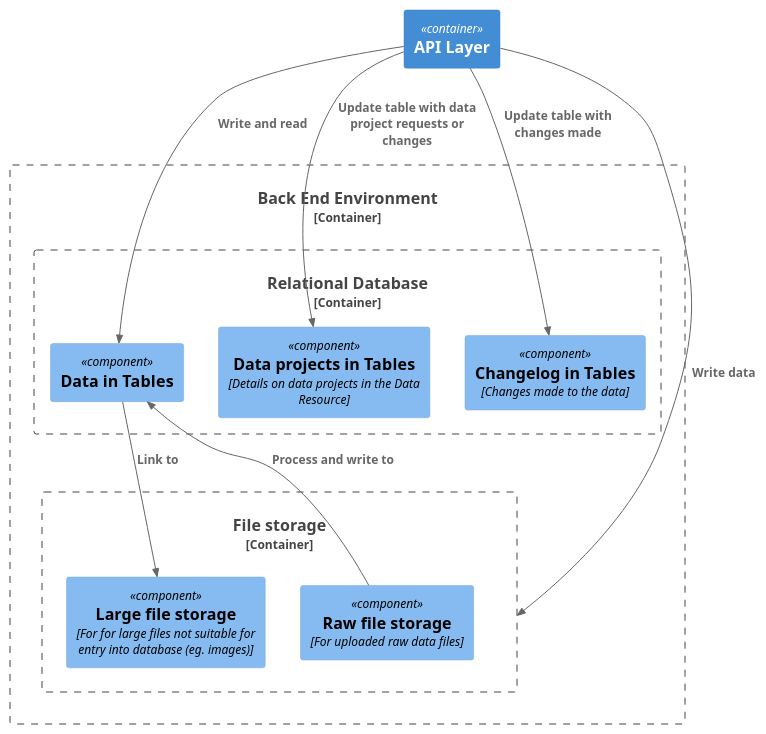
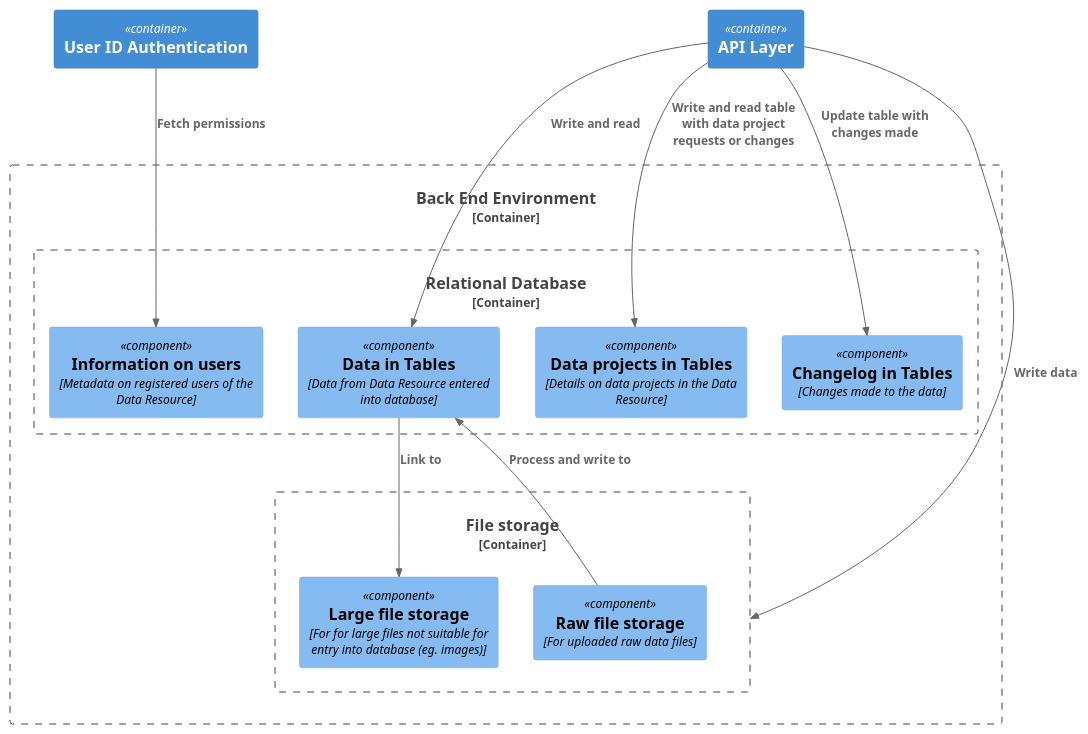
One commit to seedcase-project/seedcase-website changed the diagram in design/images/component-backend.puml. Above: the diagram before and after it, drawn with PlantUML. The commit also changed 2 other files, not shown here.

```diff
--- a/design/images/component-backend.puml
+++ b/design/images/component-backend.puml
@@ -1,29 +1,40 @@
 @startuml
 !includeurl https://raw.githubusercontent.com/RicardoNiepel/C4-PlantUML/master/C4_Component.puml
 
 ' Component diagram for The Seedcase product - Backend: File Storage
 
+Container(uia, "User ID Authentication")
 Container(api, "API Layer")
 
 Container_Boundary(bee, "Back End Environment") {
   Container_Boundary(rdb, "Relational Database") {
-    Component(dt, "Data in Tables")
-    Component(projects, "Data projects in Tables", "Details on data projects in the Data Resource")
+    Component(dt, "Data in Tables", "Data from Data Resource entered into database")
+    Component(data_projects, "Data projects in Tables", "Details on data projects in the Data Resource")
     Component(changelog, "Changelog in Tables", "Changes made to the data")
+    Component(user_info, "Information on users", "Metadata on registered users of the Data Resource")
+    ' TODO: Not sure what to do about these.
+    ' Component(data_dictionary, "Resource data dictionary", "the data dictionary unique to the data Resource")
+    ' Component(cdm_data, "Common Data Models", "pre-loaded data dictionaries from common data models")
   }
   Container_Boundary(fs, "File storage") {
     Component(raw_file, "Raw file storage", "For uploaded raw data files")
     Component(large_file, "Large file storage", "For for large files not suitable for entry into database (eg. images)")
   }
 }
 
 Rel(api, fs, "Write data")
 
 Rel(api, dt, "Write and read")
 Rel(api, changelog, "Update table with changes made")
-Rel(api, projects, "Update table with data project requests or changes")
+Rel(api, data_projects, "Write and read table with data project requests or changes")
 
 Rel(raw_file, dt, "Process and write to")
 Rel(dt, large_file, "Link to")
 
+Rel(uia, user_info, "Fetch permissions")
+
+' TODO: Not sure what to do about these yet.
+' Rel(api, data_dictionary, "reads data from")
+' Rel(data_dictionary, cdm_data, "may copy data from")
+
 @enduml
```
